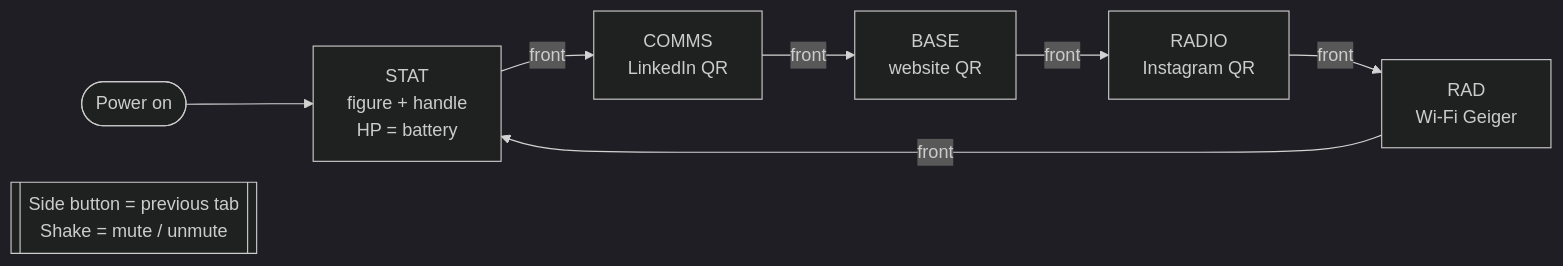
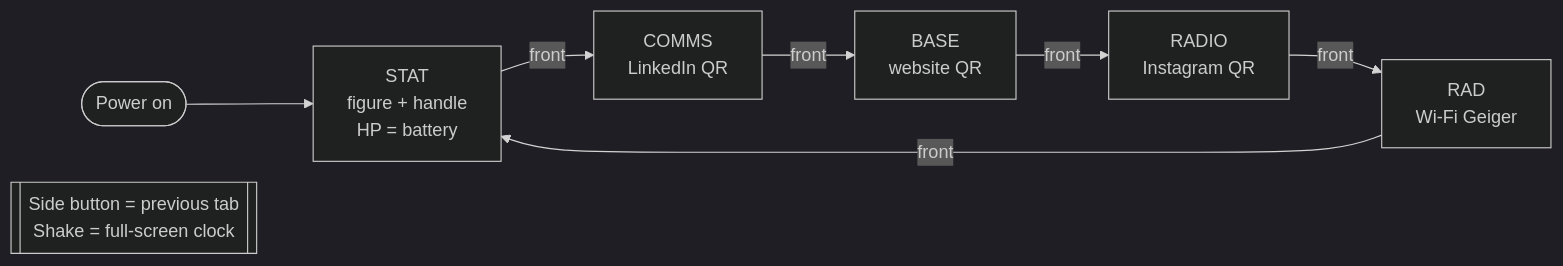
One commit to SuperDidZero/m5stick-pip-boy changed the first of 2 diagrams in README.md. Above: the diagram before and after it, drawn with Mermaid (dark theme). The commit also changed other lines of this file and 2 other files, not shown here.

First line of the commit message:
Sync with the device: shake clock, NTP time, Wi-Fi signal Geiger, random idle poses and wave sprite

````diff
--- a/README.md
+++ b/README.md
@@ -24,10 +25,10 @@
 ```mermaid
 flowchart LR
     BOOT([Power on]) --> STAT
     STAT["STAT<br/>figure + handle<br/>HP = battery"] -- front --> COMMS["COMMS<br/>LinkedIn QR"]
     COMMS -- front --> BASE["BASE<br/>website QR"]
     BASE -- front --> RADIO["RADIO<br/>Instagram QR"]
     RADIO -- front --> RAD["RAD<br/>Wi-Fi Geiger"]
     RAD -- front --> STAT
-    SIDE[["Side button = previous tab<br/>Shake = mute / unmute"]]
+    SIDE[["Side button = previous tab<br/>Shake = full-screen clock"]]
 ```
````
